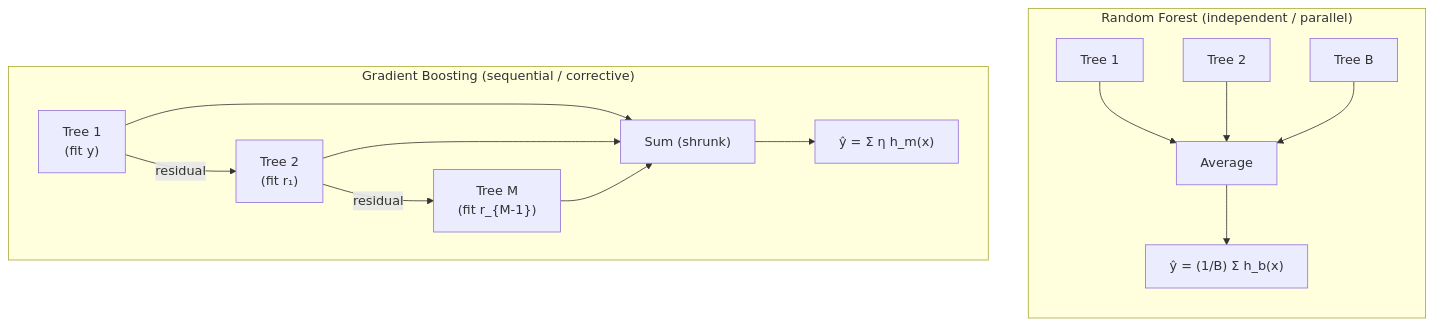
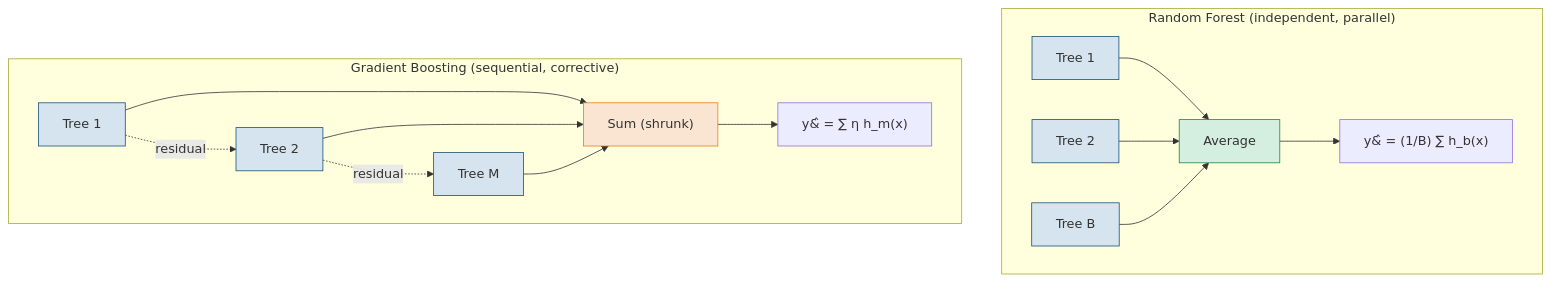
The first of 4 diagrams in vol-learning-guide/markdown/ch11-tree-methods-vol.md (xRyann2255/ML-GS), drawn with Mermaid before and after one commit. The commit also changed other lines of this file and 10 other files, not shown here.

Commit message:
docs(vol-guide): regenerate markdown mirrors after diagram audit (ch10 taxonomy + ch03 decision-tree semantic; 9 re-layout refreshes)

````diff
--- a/vol-learning-guide/markdown/ch11-tree-methods-vol.md
+++ b/vol-learning-guide/markdown/ch11-tree-methods-vol.md
@@ -61,20 +61,33 @@
 ```mermaid
-flowchart TB
-    subgraph RF["Random Forest (independent / parallel)"]
-        direction TB
-        T1["Tree 1"] --> AVG["Average"]
-        T2["Tree 2"] --> AVG
-        TB["Tree B"] --> AVG
-        AVG --> RFOUT["ŷ = (1/B) Σ h_b(x)"]
+flowchart TD
+    subgraph RF["Random Forest (independent, parallel)"]
+        rf1["Tree 1"]
+        rf2["Tree 2"]
+        rf3["Tree B"]
+        rfavg["Average"]
+        rfout["y&#770; = (1/B) &sum; h_b(x)"]
+        rf1 --> rfavg
+        rf2 --> rfavg
+        rf3 --> rfavg
+        rfavg --> rfout
     end
-
-    subgraph GB["Gradient Boosting (sequential / corrective)"]
-        direction LR
-        G1["Tree 1\n(fit y)"] -->|"residual"| G2["Tree 2\n(fit r₁)"]
-        G2 -->|"residual"| GM["Tree M\n(fit r_{M-1})"]
-        G1 --> GBSUM["Sum (shrunk)"]
-        G2 --> GBSUM
-        GM --> GBSUM
-        GBSUM --> GBOUT["ŷ = Σ η h_m(x)"]
+    subgraph GB["Gradient Boosting (sequential, corrective)"]
+        gb1["Tree 1"]
+        gb2["Tree 2"]
+        gb3["Tree M"]
+        gbsum["Sum (shrunk)"]
+        gbout["y&#770; = &sum; &eta; h_m(x)"]
+        gb1 -. residual .-> gb2
+        gb2 -. residual .-> gb3
+        gb1 --> gbsum
+        gb2 --> gbsum
+        gb3 --> gbsum
+        gbsum --> gbout
     end
+    classDef tree fill:#d6e4f0,stroke:#1a5276;
+    classDef avg fill:#d4efdf,stroke:#1e8449;
+    classDef seq fill:#fae5d3,stroke:#e67e22;
+    class rf1,rf2,rf3,gb1,gb2,gb3 tree;
+    class rfavg avg;
+    class gbsum seq;
 ```
````
